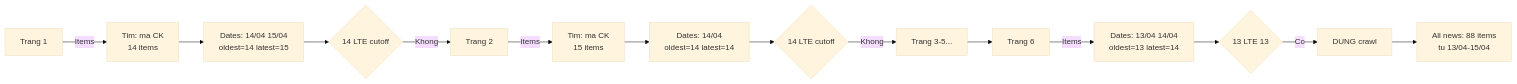
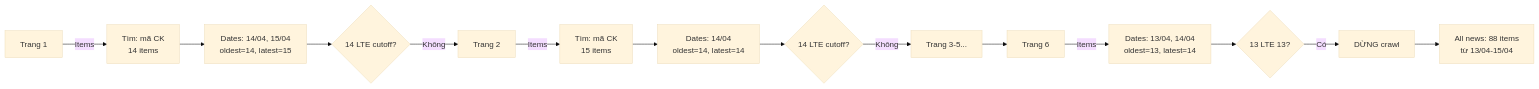
One commit to doanhieu1986/vps-automation-vhck changed the second of 5 diagrams in FETCH_VSD_LOGIC.md. Above: the diagram before and after it, drawn with Mermaid (base theme). The commit also changed other lines of this file, not shown here.

````diff
--- a/FETCH_VSD_LOGIC.md
+++ b/FETCH_VSD_LOGIC.md
@@ -71,16 +71,16 @@
 ```mermaid
 flowchart LR
-    A[Trang 1] -->|Items| B[Tim: ma CK<br/>14 items]
-    B --> C[Dates: 14/04 15/04<br/>oldest=14 latest=15]
-    C --> D{14 LTE cutoff}
-    D -->|Khong| E[Trang 2]
-    E -->|Items| F[Tim: ma CK<br/>15 items]
-    F --> G[Dates: 14/04<br/>oldest=14 latest=14]
-    G --> H{14 LTE cutoff}
-    H -->|Khong| I[Trang 3-5...]
-    I --> J[Trang 6]
-    J -->|Items| K[Dates: 13/04 14/04<br/>oldest=13 latest=14]
-    K --> L{13 LTE 13}
-    L -->|Co| M[DUNG crawl]
-    M --> N[All news: 88 items<br/>tu 13/04-15/04]
+    A["Trang 1"] -->|Items| B["Tìm: mã CK<br/>14 items"]
+    B --> C["Dates: 14/04, 15/04<br/>oldest=14, latest=15"]
+    C --> D{"14 LTE cutoff?"}
+    D -->|Không| E["Trang 2"]
+    E -->|Items| F["Tìm: mã CK<br/>15 items"]
+    F --> G["Dates: 14/04<br/>oldest=14, latest=14"]
+    G --> H{"14 LTE cutoff?"}
+    H -->|Không| I["Trang 3-5..."]
+    I --> J["Trang 6"]
+    J -->|Items| K["Dates: 13/04, 14/04<br/>oldest=13, latest=14"]
+    K --> L{"13 LTE 13?"}
+    L -->|Có| M["DỪNG crawl"]
+    M --> N["All news: 88 items<br/>từ 13/04-15/04"]
 ```
````
